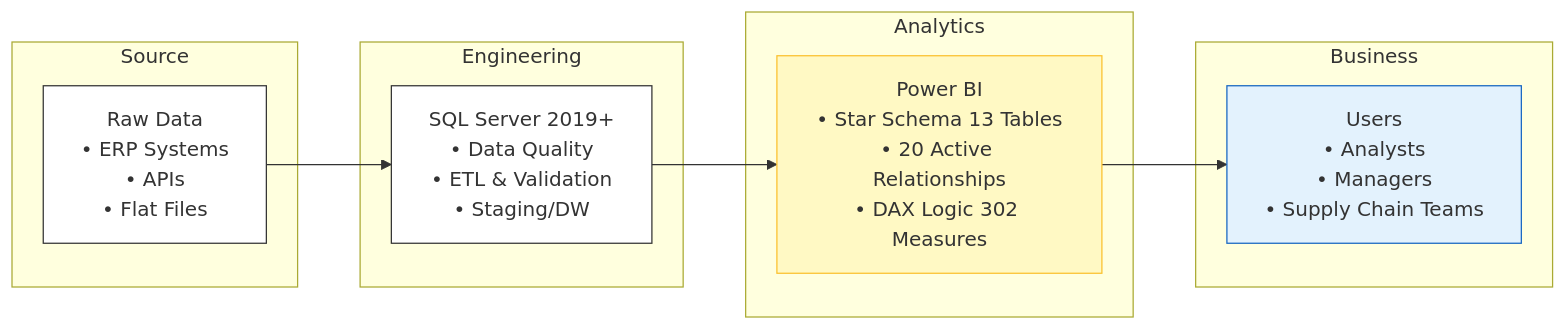
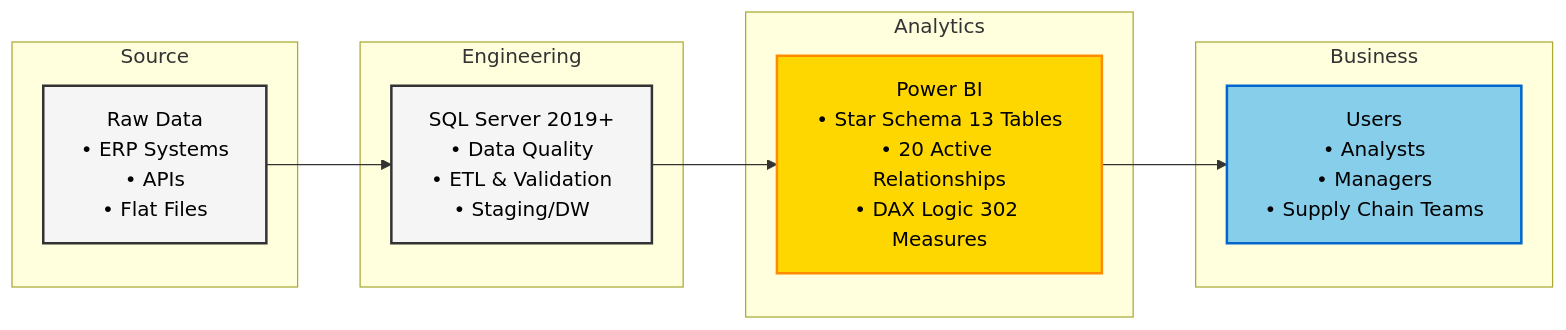
The diagram in README.md (Data-Marc/pharma-logistics-bi), drawn with Mermaid before and after one commit.

Commit message:
Improve Mermaid diagram colors and text readability

````diff
--- a/README.md
+++ b/README.md
@@ -41,27 +41,27 @@
 ```mermaid
 graph LR
     subgraph "Source"
     A["Raw Data<br/>• ERP Systems<br/>• APIs<br/>• Flat Files"]
     end
     
     subgraph "Engineering"
     B["SQL Server 2019+<br/>• Data Quality<br/>• ETL & Validation<br/>• Staging/DW"]
     end
     
     subgraph "Analytics"
     C["Power BI<br/>• Star Schema 13 Tables<br/>• 20 Active Relationships<br/>• DAX Logic 302 Measures"]
     end
     
     subgraph "Business"
     D["Users<br/>• Analysts<br/>• Managers<br/>• Supply Chain Teams"]
     end
 
     A --> B
     B --> C
     C --> D
     
-    style A fill:#ffffff,stroke:#333
-    style B fill:#ffffff,stroke:#333
-    style C fill:#fff9c4,stroke:#fbc02d
-    style D fill:#e3f2fd,stroke:#1565c0
+    style A fill:#f5f5f5,stroke:#333,stroke-width:2px,color:#000
+    style B fill:#f5f5f5,stroke:#333,stroke-width:2px,color:#000
+    style C fill:#ffd700,stroke:#ff8c00,stroke-width:2px,color:#000
+    style D fill:#87ceeb,stroke:#0066cc,stroke-width:2px,color:#000
 ```
````
